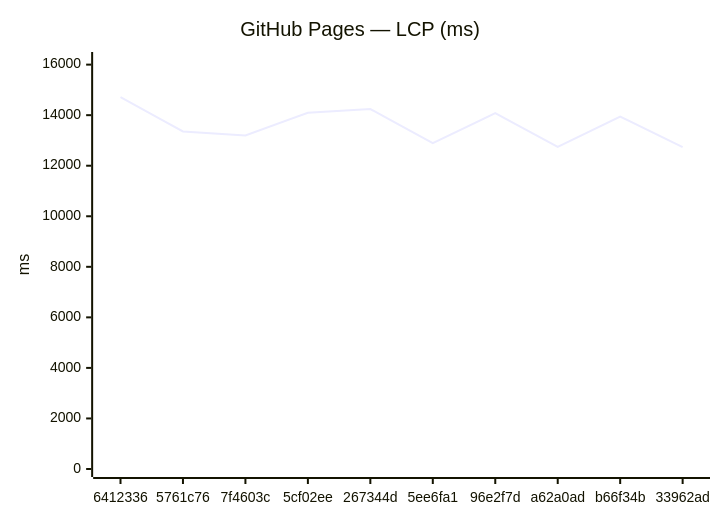
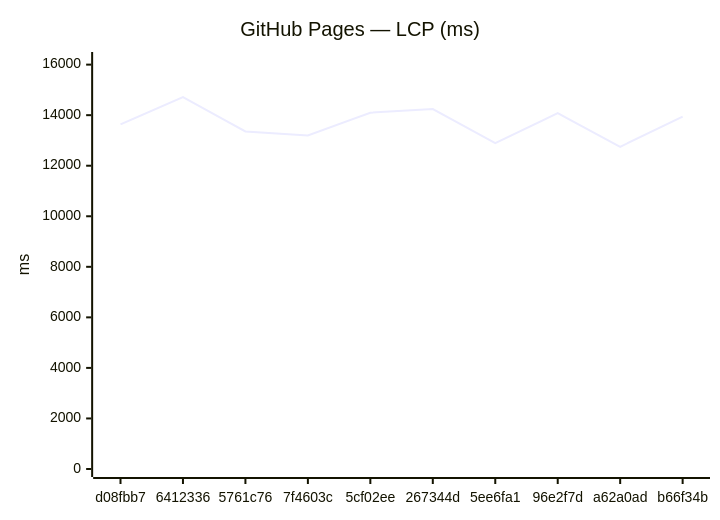
The third of 18 diagrams in benchmarks/compare.md (Metaheurist/Rianell), drawn with Mermaid before and after one commit. The commit also changed other lines of this file and 11 other files, not shown here.

````diff
--- a/benchmarks/compare.md
+++ b/benchmarks/compare.md
@@ -54,7 +54,7 @@
 ```mermaid
 xychart-beta
     title "GitHub Pages — LCP (ms)"
-    x-axis ["6412336", "5761c76", "7f4603c", "5cf02ee", "267344d", "5ee6fa1", "96e2f7d", "a62a0ad", "b66f34b", "33962ad"]
+    x-axis ["d08fbb7", "6412336", "5761c76", "7f4603c", "5cf02ee", "267344d", "5ee6fa1", "96e2f7d", "a62a0ad", "b66f34b"]
     y-axis "ms" 0 --> 16183
-    line [14711, 13355, 13197, 14098, 14242, 12895, 14078, 12749, 13943, 12738]
+    line [13636, 14711, 13355, 13197, 14098, 14242, 12895, 14078, 12749, 13943]
 ```
````
